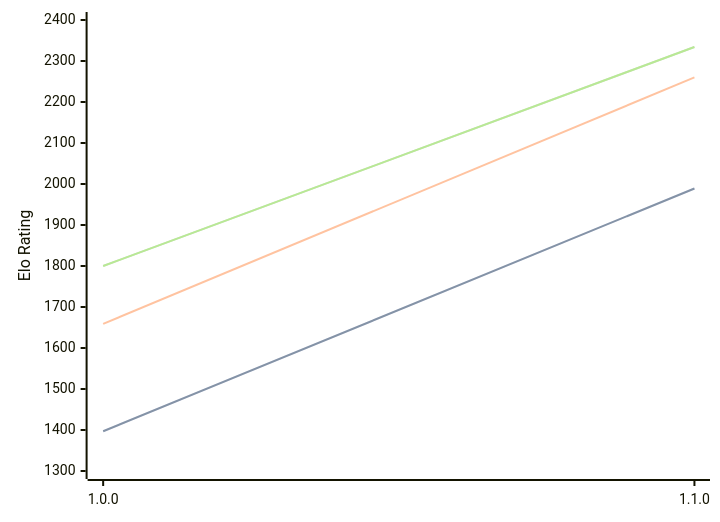
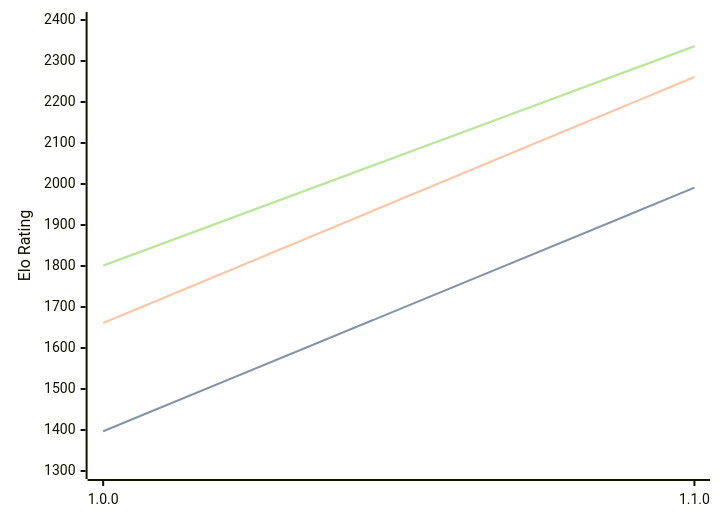
One commit to computer-chess-index/cci changed the diagram in engines/Akerbeltz.md. Above: the diagram before and after it, drawn with Mermaid. The commit also changed other lines of this file, not shown here.

Commit message:
Update CCI Ratings (ELO VLTC) - 2026-05-17

````diff
--- a/engines/Akerbeltz.md
+++ b/engines/Akerbeltz.md
@@ -32,11 +32,11 @@
 ```mermaid
 %%{init: {"theme":"base","themeVariables":{"seriesColors:['#a3a3a3','#222221','#faa371']}}}%%
 xychart-beta
   x-axis ["1.0.0", "1.1.0"]
   y-axis "Elo Rating" 1300 --> 2400
-  line "STC (8.0+0.08s)" [1397, 1989]
-  line "STC (8.0+0.08s)" [1397, 1989]
-  line "LTC (60.0+0.60s)" [1659, 2260]
-  line "VLTC (2m24s+1.12s)" [1800, 2334]
-  line "VLTC (2m24s+1.12s)" [1800, 2334]
+  line "STC (8.0+0.08s)" [1397, 1991]
+  line "STC (8.0+0.08s)" [1397, 1991]
+  line "LTC (60.0+0.60s)" [1661, 2261]
+  line "VLTC (2m24s+1.12s)" [1801, 2336]
+  line "VLTC (2m24s+1.12s)" [1801, 2336]
 ```
````
